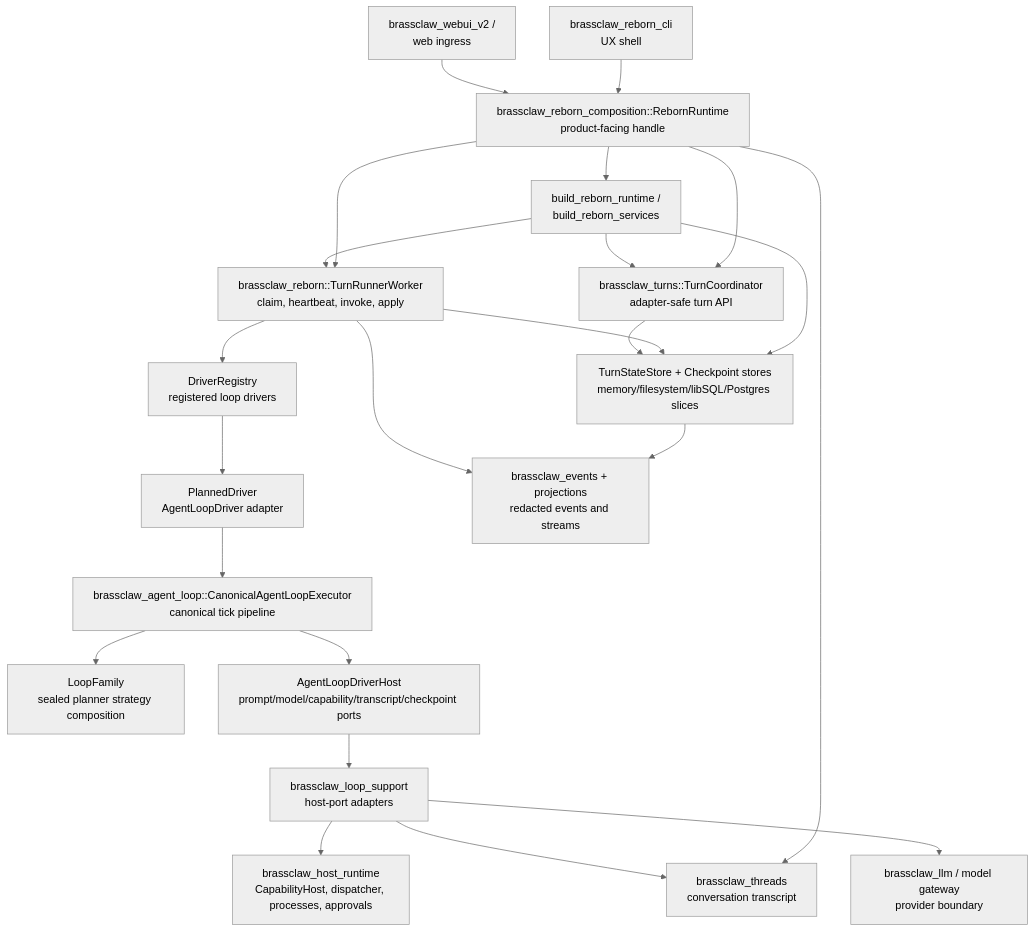
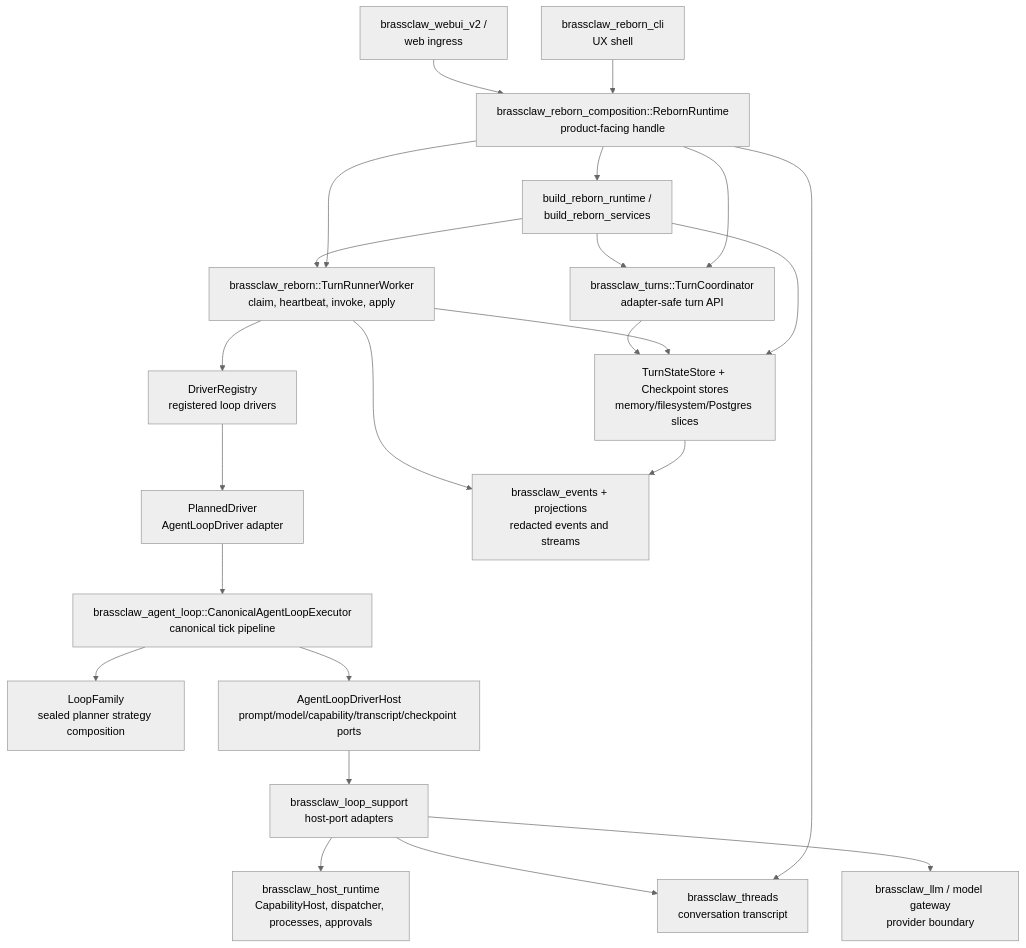
The second of 7 diagrams in docs/brassclaw-architecture.md (chtugha/brassclaw), drawn with Mermaid (neutral theme) before and after one commit. The commit also changed other lines of this file, not shown here.

First line of the commit message:
docs(architecture): correct stale WASM/libSQL/profile/script-lane references

````diff
--- a/docs/brassclaw-architecture.md
+++ b/docs/brassclaw-architecture.md
@@ -158,43 +158,43 @@
 ```mermaid
 flowchart TD
     CLI["brassclaw_reborn_cli\nUX shell"]
     WebUI["brassclaw_webui_v2 /\nweb ingress"]
     Runtime["brassclaw_reborn_composition::RebornRuntime\nproduct-facing handle"]
     Factory["build_reborn_runtime /\nbuild_reborn_services"]
     Coordinator["brassclaw_turns::TurnCoordinator\nadapter-safe turn API"]
-    Store["TurnStateStore + Checkpoint stores\nmemory/filesystem/libSQL/Postgres slices"]
+    Store["TurnStateStore + Checkpoint stores\nmemory/filesystem/Postgres slices"]
     Worker["brassclaw_reborn::TurnRunnerWorker\nclaim, heartbeat, invoke, apply"]
     Registry["DriverRegistry\nregistered loop drivers"]
     Planned["PlannedDriver\nAgentLoopDriver adapter"]
     Executor["brassclaw_agent_loop::CanonicalAgentLoopExecutor\ncanonical tick pipeline"]
     Family["LoopFamily\nsealed planner strategy composition"]
     Host["AgentLoopDriverHost\nprompt/model/capability/transcript/checkpoint ports"]
     LoopSupport["brassclaw_loop_support\nhost-port adapters"]
     HostRuntime["brassclaw_host_runtime\nCapabilityHost, dispatcher, processes, approvals"]
     LLM["brassclaw_llm / model gateway\nprovider boundary"]
     Threads["brassclaw_threads\nconversation transcript"]
     Events["brassclaw_events + projections\nredacted events and streams"]
 
     CLI --> Runtime
     WebUI --> Runtime
     Runtime --> Factory
     Runtime --> Threads
     Runtime --> Coordinator
     Runtime --> Worker
     Factory --> Coordinator
     Factory --> Store
     Factory --> Worker
     Worker --> Store
     Worker --> Registry
     Registry --> Planned
     Planned --> Executor
     Executor --> Family
     Executor --> Host
     Host --> LoopSupport
     LoopSupport --> HostRuntime
     LoopSupport --> LLM
     LoopSupport --> Threads
     Coordinator --> Store
     Store --> Events
     Worker --> Events
 ```
````
